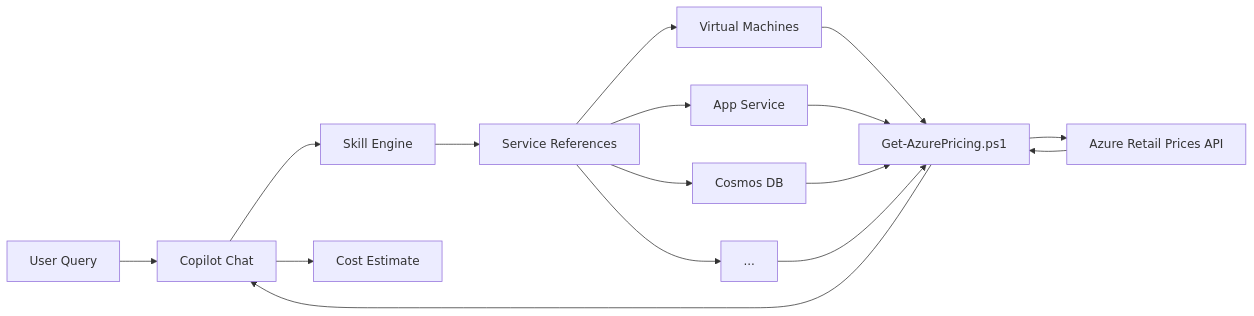
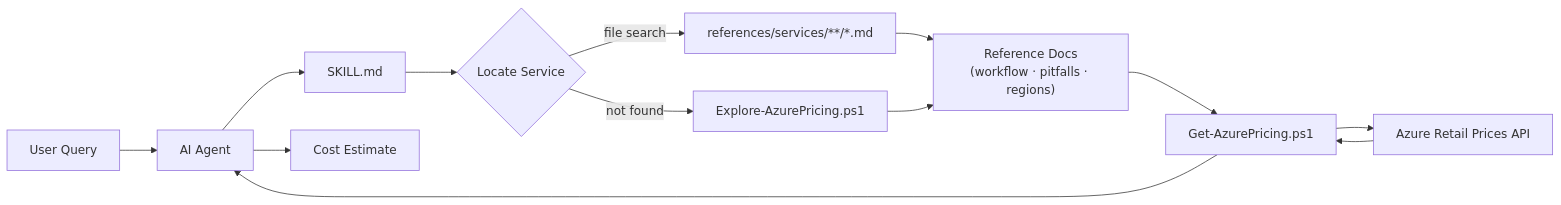
The diagram in README.md (ahmadabdalla/azure-cost-calculator), drawn with Mermaid before and after one commit. The commit also changed other lines of this file and 39 other files, not shown here.

````diff
--- a/README.md
+++ b/README.md
@@ -87,15 +93,15 @@
 ```mermaid
 flowchart LR
-    A[User Query] --> B[Copilot Chat]
-    B --> C[Skill Engine]
-    C --> D[Service References]
-    D --> D1[Virtual Machines]
-    D --> D2[App Service]
-    D --> D3[Cosmos DB]
-    D --> D4[...]
-    D1 & D2 & D3 & D4 --> E[Get-AzurePricing.ps1]
-    E --> F[Azure Retail Prices API]
-    F --> E
-    E --> B
-    B --> G[Cost Estimate]
+    A[User Query] --> B[AI Agent]
+    B --> C[SKILL.md]
+    C --> D{Locate Service}
+    D -->|file search| E["references/services/**/*.md"]
+    D -->|not found| F[Explore-AzurePricing.ps1]
+    E --> G["Reference Docs\n(workflow · pitfalls · regions)"]
+    F --> G
+    G --> H[Get-AzurePricing.ps1]
+    H --> I[Azure Retail Prices API]
+    I --> H
+    H --> B
+    B --> J[Cost Estimate]
 ```
````
